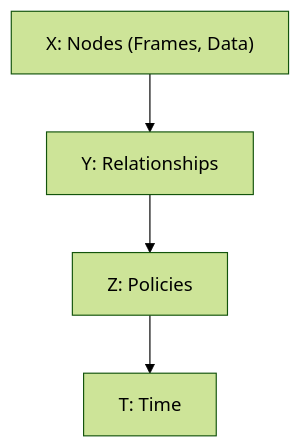
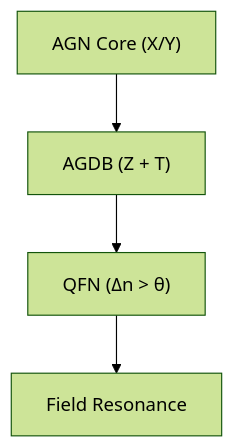
The first of 9 diagrams in README.md (TheGuyFromTheApprentice/ActiveGraphNetworks), drawn with Mermaid (forest theme) before and after one commit. The commit also changed other lines of this file and 53 other files, not shown here.

````diff
--- a/README.md
+++ b/README.md
@@ -82,10 +54,6 @@
 ```mermaid
 graph TD
-    X["X: Nodes (Frames, Data)"]
-    Y["Y: Relationships"]
-    Z["Z: Policies"]
-    T["T: Time"]
-    X --> Y
-    Y --> Z
-    Z --> T
+    A["AGN Core (X/Y)"] --> B["AGDB (Z + T)"]
+    B --> C["QFN (Δn > θ)"]
+    C --> D["Field Resonance"]
 ```
````
